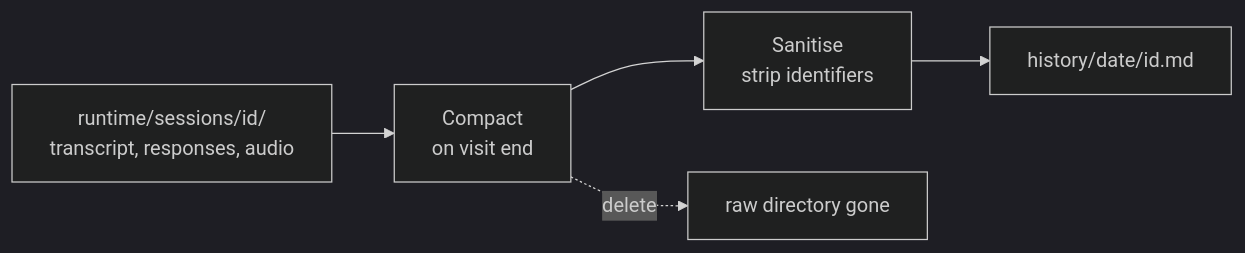
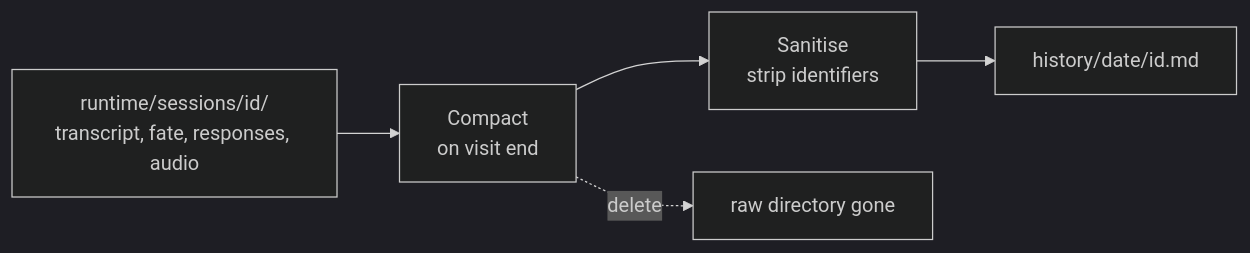
Before and after one commit to calvinguillot/theoracle: the second of 5 diagrams in TheOracleSystem.md, drawn with Mermaid (dark theme). The commit also changed other lines of this file and 11 other files, not shown here.

````diff
--- a/TheOracleSystem.md
+++ b/TheOracleSystem.md
@@ -131,7 +225,7 @@
 ```mermaid
 flowchart LR
-  A[runtime/sessions/id/<br/>transcript, responses, audio] --> B[Compact<br/>on visit end]
+  A[runtime/sessions/id/<br/>transcript, fate, responses, audio] --> B[Compact<br/>on visit end]
   B --> C[Sanitise<br/>strip identifiers]
   C --> D[history/date/id.md]
   B -.delete.-> E[raw directory gone]
 ```
````
